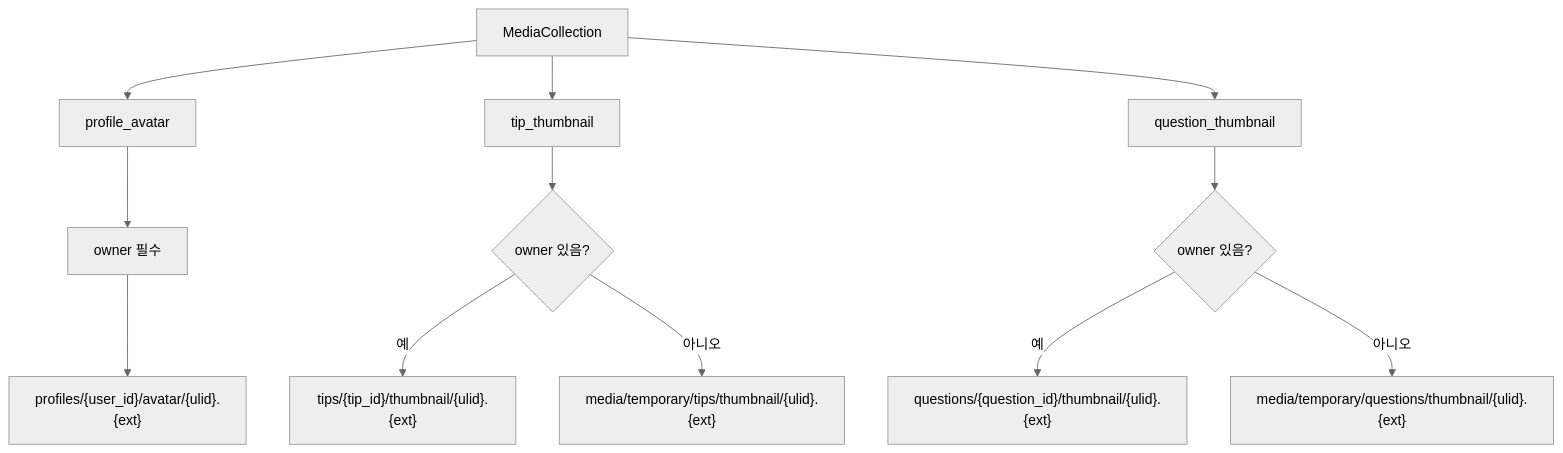
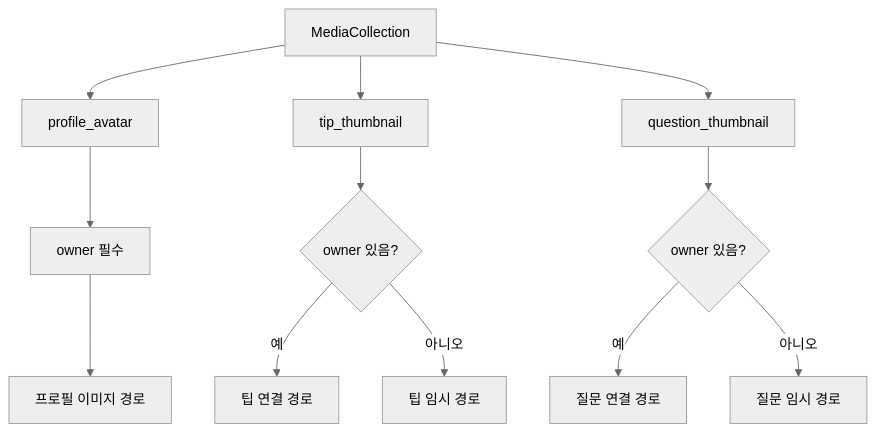
The second of 3 diagrams in docs/media-storage.md (superphs333/tipmarket), drawn with Mermaid (neutral theme) before and after one commit. The commit also changed other lines of this file, not shown here.

````diff
--- a/docs/media-storage.md
+++ b/docs/media-storage.md
@@ -50,17 +52,17 @@
 ```mermaid
 flowchart TD
     A[MediaCollection] --> B[profile_avatar]
     A --> C[tip_thumbnail]
     A --> D[question_thumbnail]
 
     B --> B1[owner 필수]
-    B1 --> B2["profiles/{user_id}/avatar/{ulid}.{ext}"]
+    B1 --> B2[프로필 이미지 경로]
 
     C --> C1{owner 있음?}
-    C1 -->|예| C2["tips/{tip_id}/thumbnail/{ulid}.{ext}"]
-    C1 -->|아니오| C3["media/temporary/tips/thumbnail/{ulid}.{ext}"]
+    C1 -->|예| C2[팁 연결 경로]
+    C1 -->|아니오| C3[팁 임시 경로]
 
     D --> D1{owner 있음?}
-    D1 -->|예| D2["questions/{question_id}/thumbnail/{ulid}.{ext}"]
-    D1 -->|아니오| D3["media/temporary/questions/thumbnail/{ulid}.{ext}"]
+    D1 -->|예| D2[질문 연결 경로]
+    D1 -->|아니오| D3[질문 임시 경로]
 ```
````
